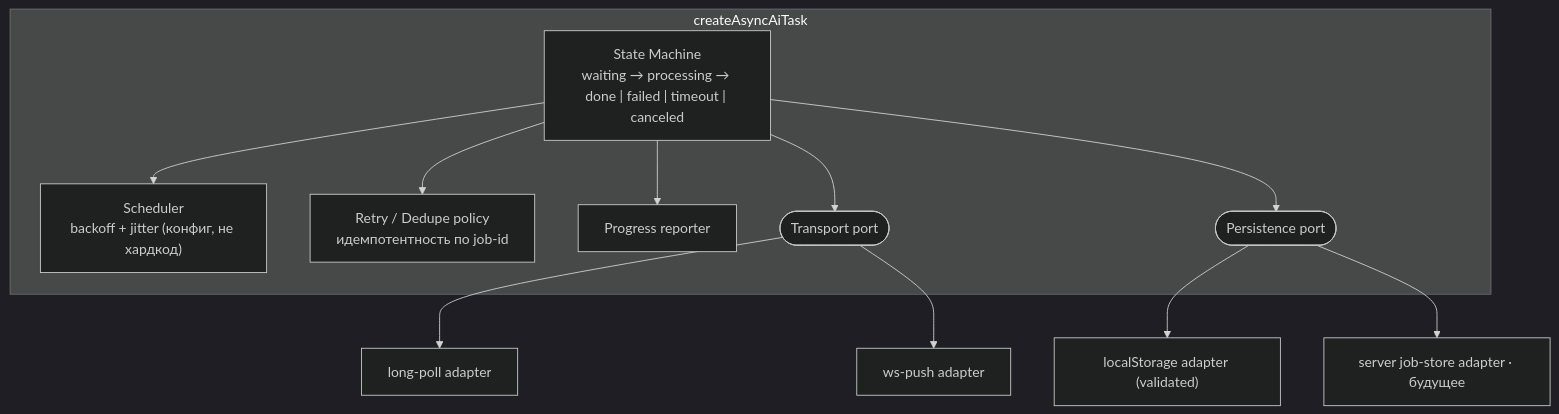
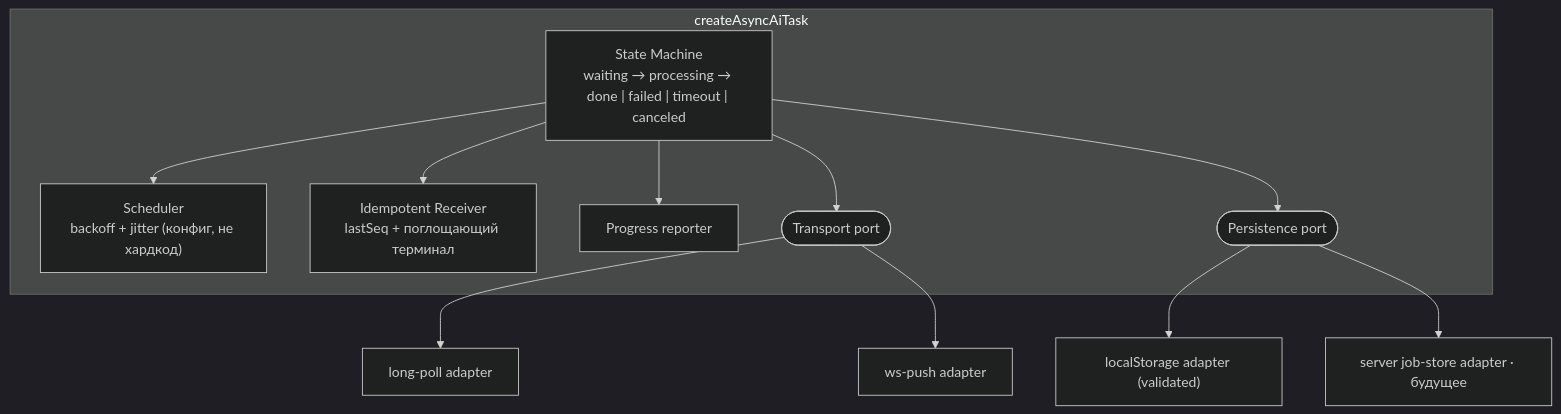
Before and after one commit to MaximTertyshnyi/otus-software-architecture: the diagram in docs/c4/component.md, drawn with Mermaid (dark theme). The commit also changed other lines of this file and 6 other files, not shown here.

````diff
--- a/docs/c4/component.md
+++ b/docs/c4/component.md
@@ -8,24 +8,24 @@
 ```mermaid
 flowchart TB
   subgraph orch["createAsyncAiTask"]
     sm["State Machine<br/>waiting → processing → done | failed | timeout | canceled"]
     sched["Scheduler<br/>backoff + jitter (конфиг, не хардкод)"]
-    retry["Retry / Dedupe policy<br/>идемпотентность по job-id"]
+    retry["Idempotent Receiver<br/>lastSeq + поглощающий терминал"]
     prog["Progress reporter"]
     tport(["Transport port"])
     pport(["Persistence port"])
   end
   lp["long-poll adapter"]
   ws["ws-push adapter"]
   lsad["localStorage adapter (validated)"]
   srv["server job-store adapter · будущее"]
   sm --> sched
   sm --> retry
   sm --> prog
   sm --> tport
   sm --> pport
   tport --> lp
   tport --> ws
   pport --> lsad
   pport --> srv
 ```
````
